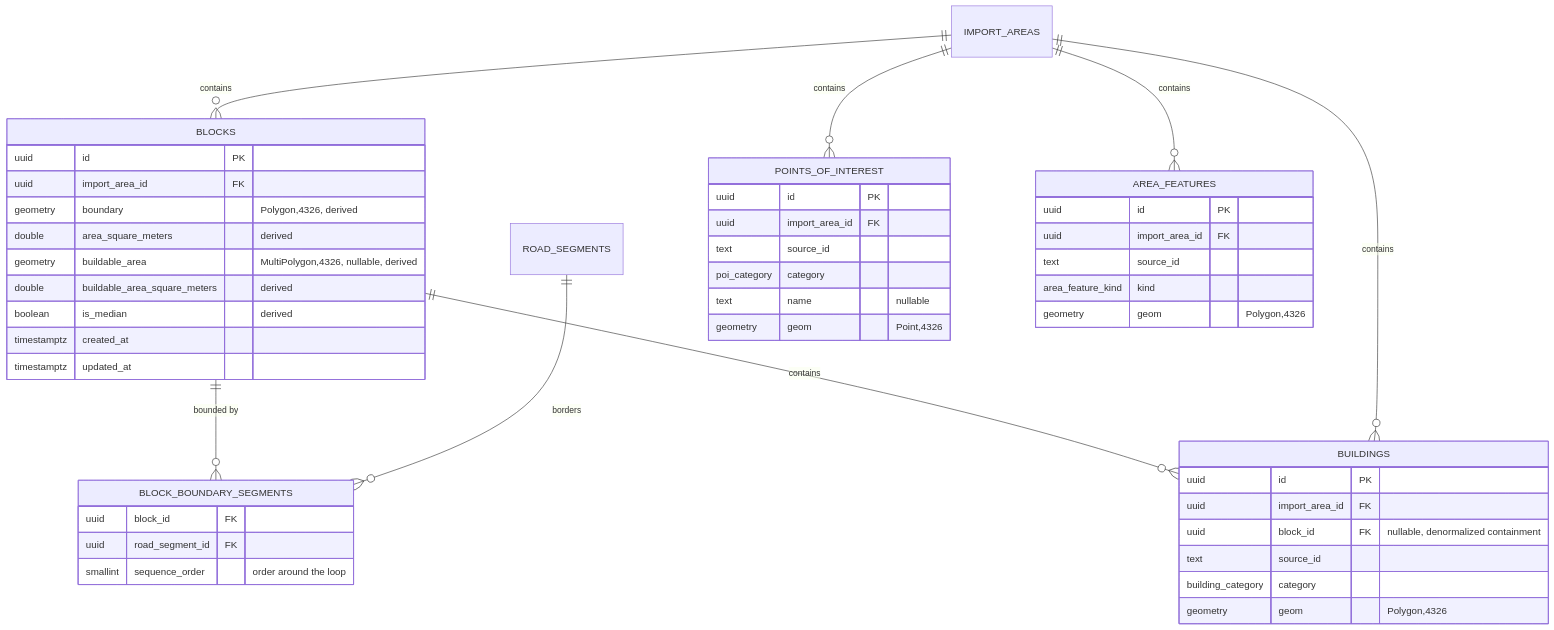
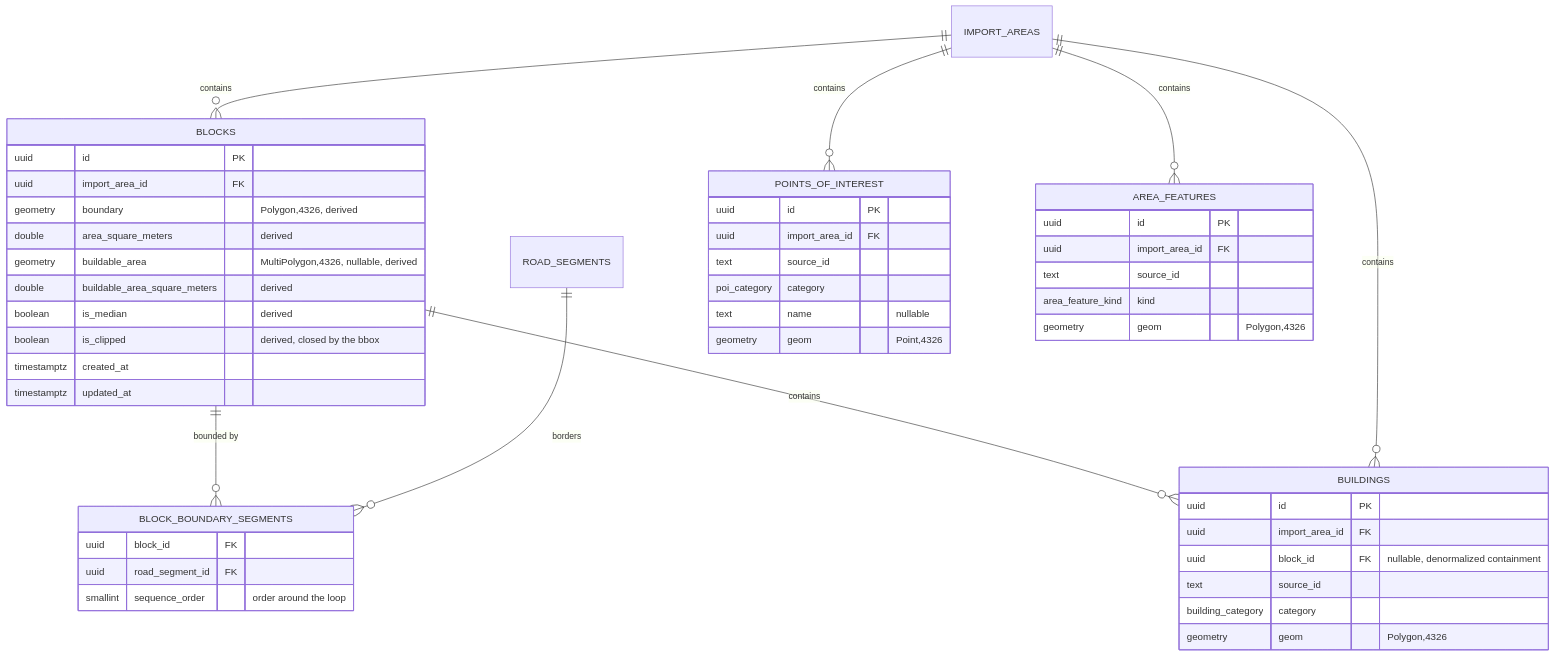
One commit to josuecm13/geospatial-reconstruction-engine changed the third of 3 diagrams in docs/schema.md. Above: the diagram before and after it, drawn with Mermaid. The commit also changed other lines of this file and 10 other files, not shown here.

````diff
--- a/docs/schema.md
+++ b/docs/schema.md
@@ -133,50 +133,51 @@
 ```mermaid
 erDiagram
     IMPORT_AREAS ||--o{ BLOCKS : contains
     BLOCKS ||--o{ BLOCK_BOUNDARY_SEGMENTS : "bounded by"
     ROAD_SEGMENTS ||--o{ BLOCK_BOUNDARY_SEGMENTS : borders
     BLOCKS ||--o{ BUILDINGS : contains
     IMPORT_AREAS ||--o{ BUILDINGS : contains
     IMPORT_AREAS ||--o{ POINTS_OF_INTEREST : contains
     IMPORT_AREAS ||--o{ AREA_FEATURES : contains
 
     BLOCKS {
         uuid id PK
         uuid import_area_id FK
         geometry boundary "Polygon,4326, derived"
         double area_square_meters "derived"
         geometry buildable_area "MultiPolygon,4326, nullable, derived"
         double buildable_area_square_meters "derived"
         boolean is_median "derived"
+        boolean is_clipped "derived, closed by the bbox"
         timestamptz created_at
         timestamptz updated_at
     }
     BLOCK_BOUNDARY_SEGMENTS {
         uuid block_id FK
         uuid road_segment_id FK
         smallint sequence_order "order around the loop"
     }
     BUILDINGS {
         uuid id PK
         uuid import_area_id FK
         uuid block_id FK "nullable, denormalized containment"
         text source_id
         building_category category
         geometry geom "Polygon,4326"
     }
     POINTS_OF_INTEREST {
         uuid id PK
         uuid import_area_id FK
         text source_id
         poi_category category
         text name "nullable"
         geometry geom "Point,4326"
     }
     AREA_FEATURES {
         uuid id PK
         uuid import_area_id FK
         text source_id
         area_feature_kind kind
         geometry geom "Polygon,4326"
     }
 ```
````
